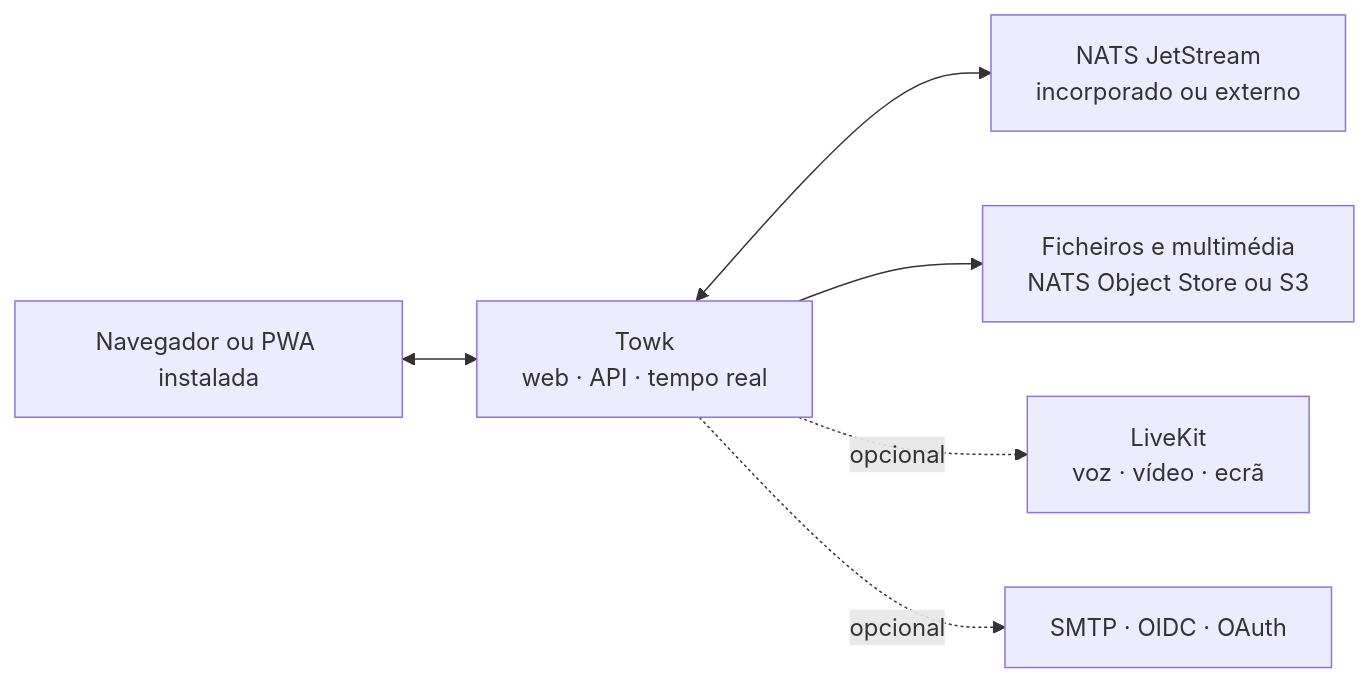
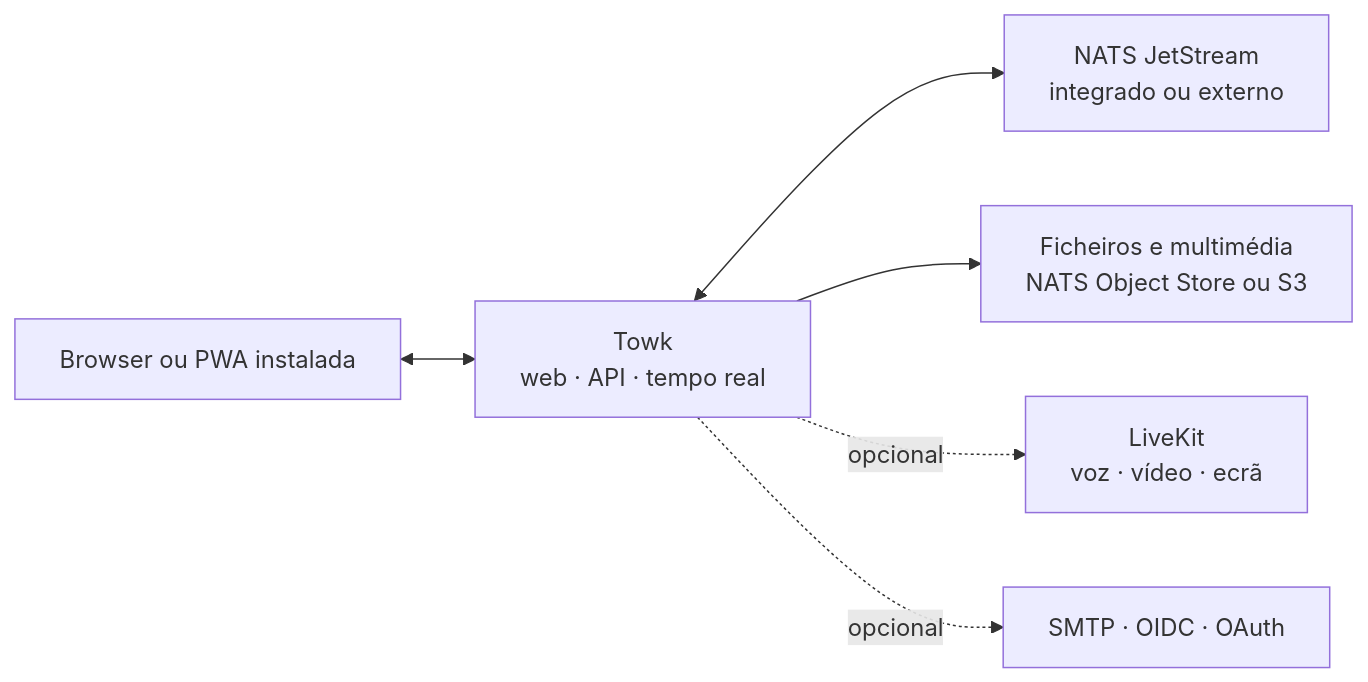
Before and after one commit to Yo-DDV/Towk: the diagram in README.pt.md, drawn with Mermaid. The commit also changed other lines of this file and 10 other files, not shown here.

````diff
--- a/README.pt.md
+++ b/README.pt.md
@@ -134,8 +204,8 @@
 ```mermaid
 flowchart LR
-    U["Navegador ou PWA instalada"] <--> T["Towk<br/>web · API · tempo real"]
-    T <--> N["NATS JetStream<br/>incorporado ou externo"]
+    U["Browser ou PWA instalada"] <--> T["Towk<br/>web · API · tempo real"]
+    T <--> N["NATS JetStream<br/>integrado ou externo"]
     T --> O["Ficheiros e multimédia<br/>NATS Object Store ou S3"]
     T -. opcional .-> L["LiveKit<br/>voz · vídeo · ecrã"]
     T -. opcional .-> I["SMTP · OIDC · OAuth"]
 ```
````
